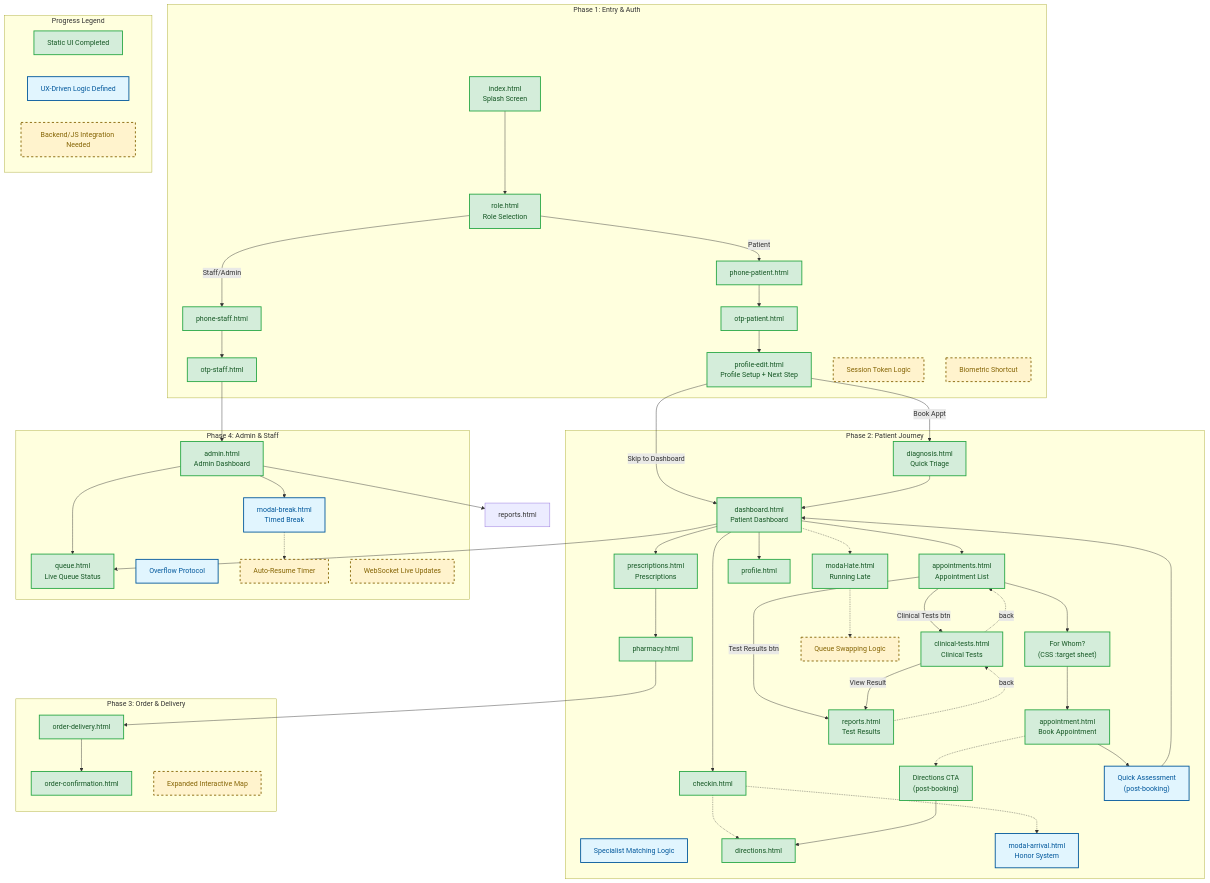
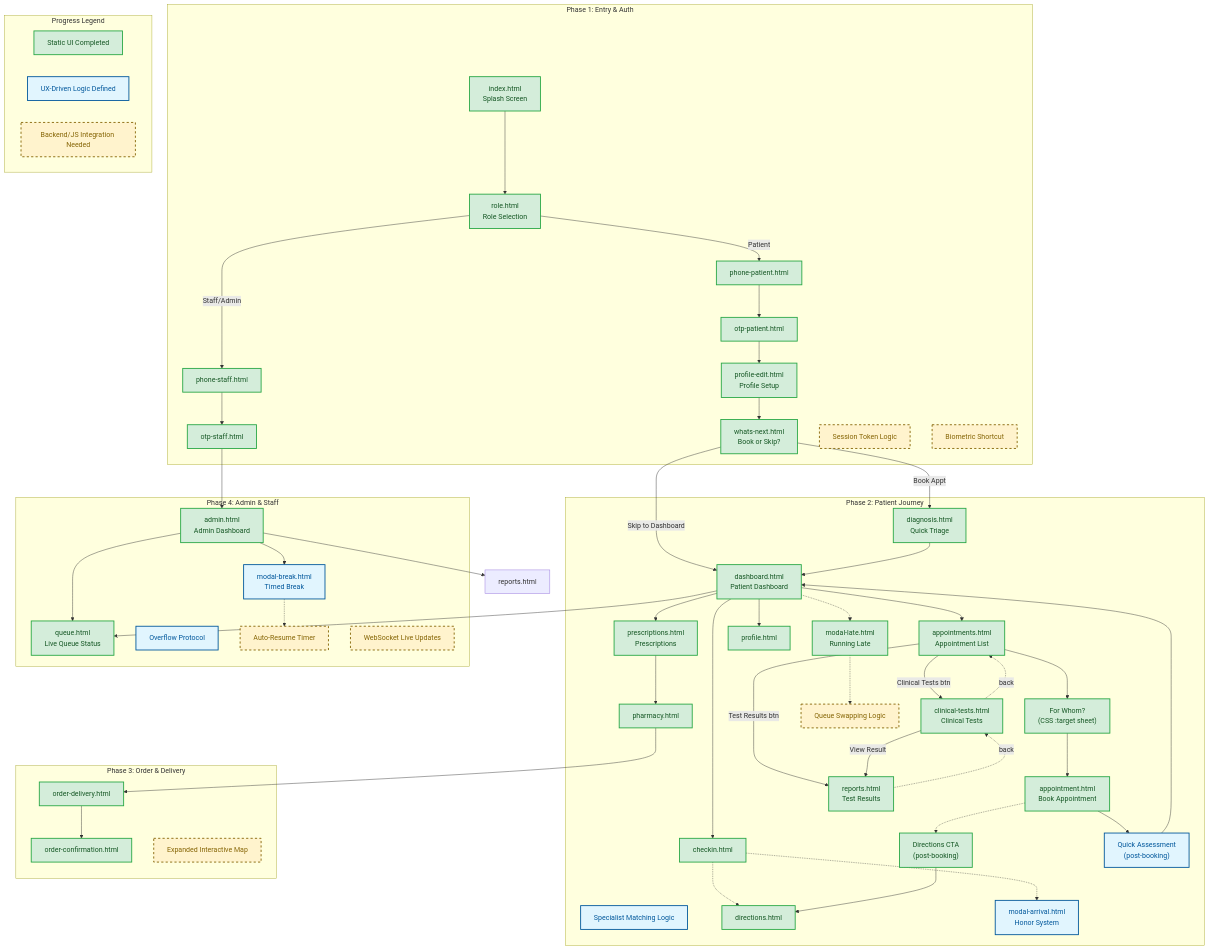
The diagram in ARCHITECTURE.md (adithyaekanayaka/adithyaekanayaka.github.io), drawn with Mermaid before and after one commit. The commit also changed other lines of this file and 1 other file, not shown here.

Commit message:
feat: Separate profile setup and decision screens into distinct pages for improved navigation

```diff
--- a/ARCHITECTURE.md
+++ b/ARCHITECTURE.md
@@ -20,7 +20,8 @@
         SPhone[phone-staff.html]:::completed
         POTP[otp-patient.html]:::completed
         SOTP[otp-staff.html]:::completed
-        ProfEdit[profile-edit.html<br/>Profile Setup + Next Step]:::completed
+        ProfEdit[profile-edit.html<br/>Profile Setup]:::completed
+        WhatsNext[whats-next.html<br/>Book or Skip?]:::completed
         
         Session[Session Token Logic]:::pending
         Bio[Biometric Shortcut]:::pending
@@ -67,9 +68,9 @@
 
     %% Connections
     Splash --> Role
-    Role -->|Patient| PPhone --> POTP --> ProfEdit
-    ProfEdit -->|Book Appt| Diag
-    ProfEdit -->|Skip to Dashboard| Dash
+    Role -->|Patient| PPhone --> POTP --> ProfEdit --> WhatsNext
+    WhatsNext -->|Book Appt| Diag
+    WhatsNext -->|Skip to Dashboard| Dash
     Role -->|Staff/Admin| SPhone --> SOTP --> AdminD
     
     Diag --> Dash
```
